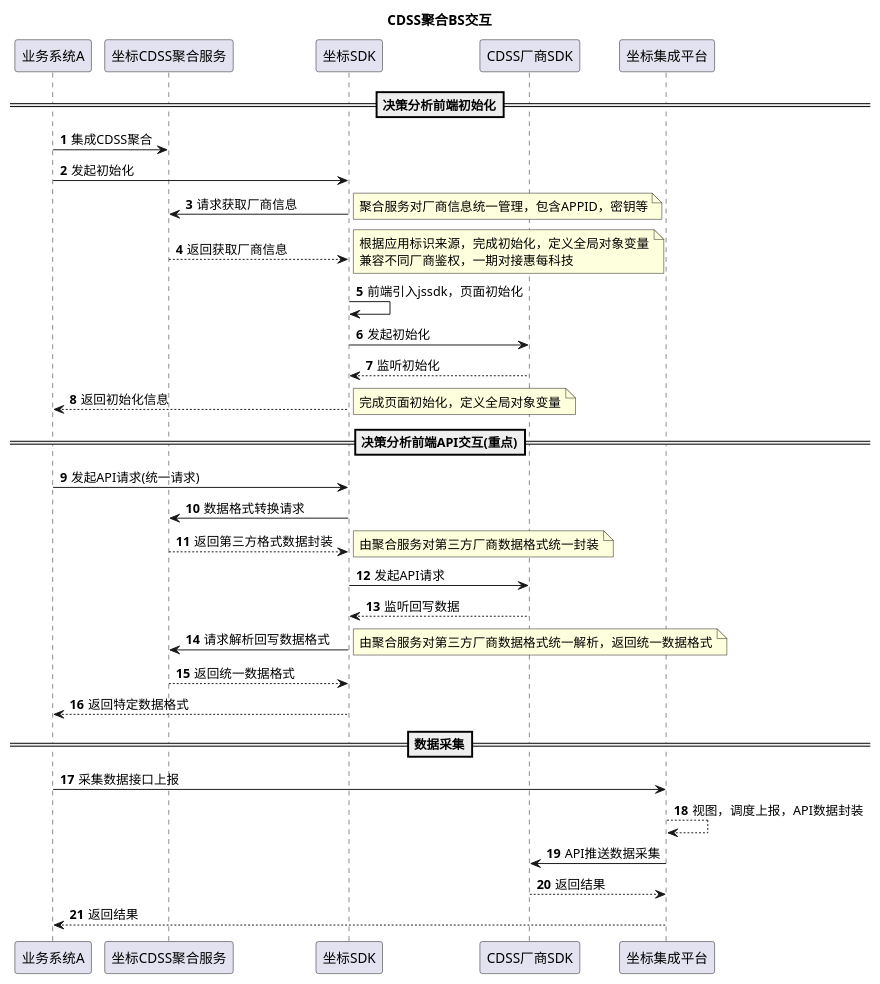
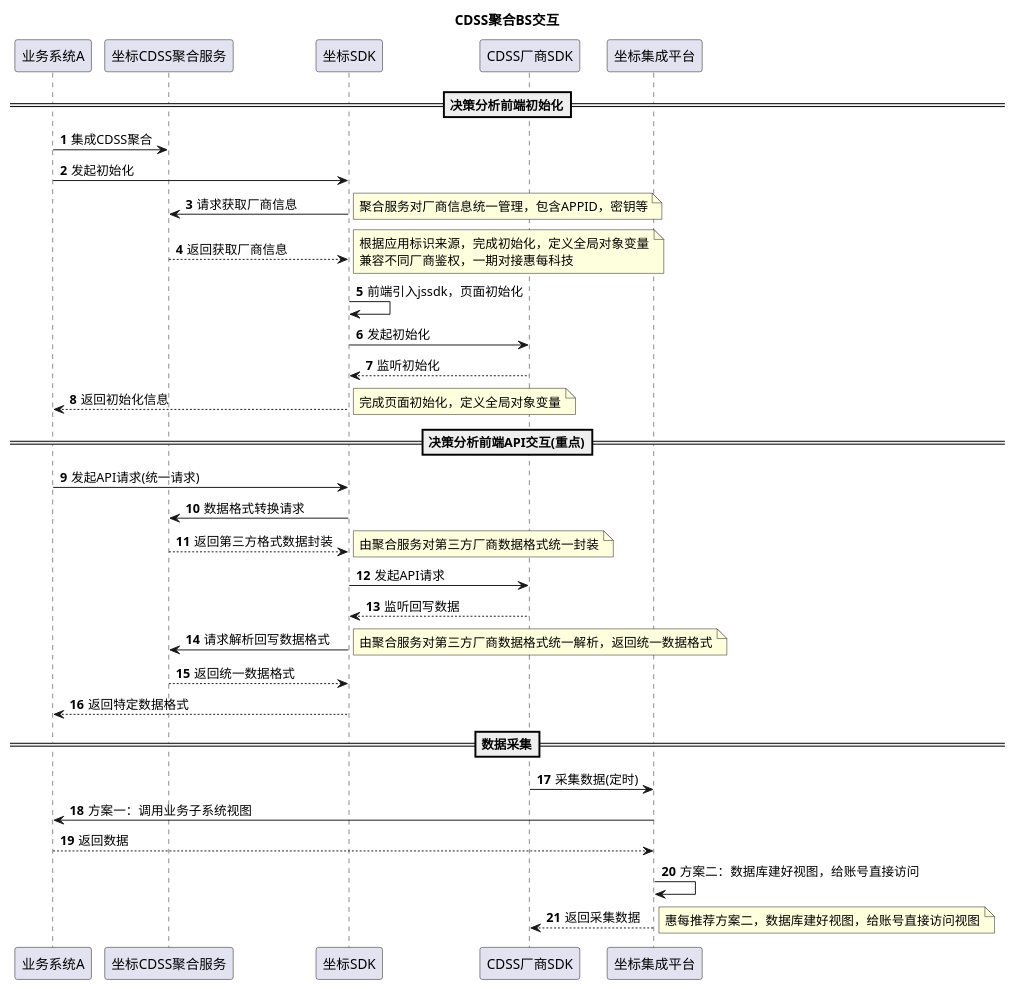
One commit to aoheng/PlantUML changed the diagram in uml/cnhis/CDSS聚合交互.puml. Above: the diagram before and after it, drawn with PlantUML.

Commit message:
feat: cdss知识库

```diff
--- a/uml/cnhis/CDSS聚合交互.puml
+++ b/uml/cnhis/CDSS聚合交互.puml
@@ -1,50 +1,53 @@
 @startuml
 'https://plantuml.com/sequence-diagram
 title CDSS聚合BS交互
 autonumber
 
 ==决策分析前端初始化==
 业务系统A -> 坐标CDSS聚合服务: 集成CDSS聚合
 业务系统A -> 坐标SDK: 发起初始化
 坐标SDK -> 坐标CDSS聚合服务: 请求获取厂商信息
 note right
 聚合服务对厂商信息统一管理，包含APPID，密钥等
 end note
 坐标SDK <-- 坐标CDSS聚合服务: 返回获取厂商信息
 note right
 根据应用标识来源，完成初始化，定义全局对象变量
 兼容不同厂商鉴权，一期对接惠每科技
 end note
 坐标SDK -> 坐标SDK:前端引入jssdk，页面初始化
 坐标SDK -> CDSS厂商SDK:发起初始化
 坐标SDK <-- CDSS厂商SDK:监听初始化
 业务系统A <-- 坐标SDK:返回初始化信息
 note right
 完成页面初始化，定义全局对象变量
 end note
 
 
 ==决策分析前端API交互(重点)==
 业务系统A ->坐标SDK: 发起API请求(统一请求)
 坐标SDK ->坐标CDSS聚合服务: 数据格式转换请求
 坐标CDSS聚合服务 -->坐标SDK: 返回第三方格式数据封装
 note right
 由聚合服务对第三方厂商数据格式统一封装
 end note
 坐标SDK ->CDSS厂商SDK: 发起API请求
 坐标SDK <--CDSS厂商SDK: 监听回写数据
 坐标CDSS聚合服务 <- 坐标SDK:请求解析回写数据格式
 note right
 由聚合服务对第三方厂商数据格式统一解析，返回统一数据格式
 end note
 坐标CDSS聚合服务 --> 坐标SDK:返回统一数据格式
 业务系统A <-- 坐标SDK:返回特定数据格式
 
 
 ==数据采集==
-业务系统A ->坐标集成平台:采集数据接口上报
-坐标集成平台 --> 坐标集成平台:视图，调度上报，API数据封装
-坐标集成平台 ->CDSS厂商SDK: API推送数据采集
-坐标集成平台 <--CDSS厂商SDK:返回结果
-业务系统A <--坐标集成平台:返回结果
+CDSS厂商SDK ->坐标集成平台:采集数据(定时)
+坐标集成平台 ->业务系统A:方案一：调用业务子系统视图
+业务系统A --> 坐标集成平台: 返回数据
+坐标集成平台 ->坐标集成平台:方案二：数据库建好视图，给账号直接访问
+CDSS厂商SDK <--坐标集成平台: 返回采集数据
+note right
+惠每推荐方案二，数据库建好视图，给账号直接访问视图
+end note
 @enduml
```
